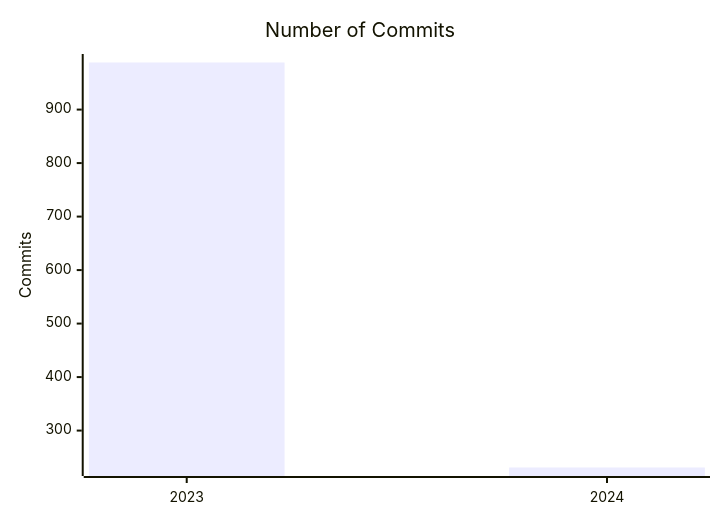
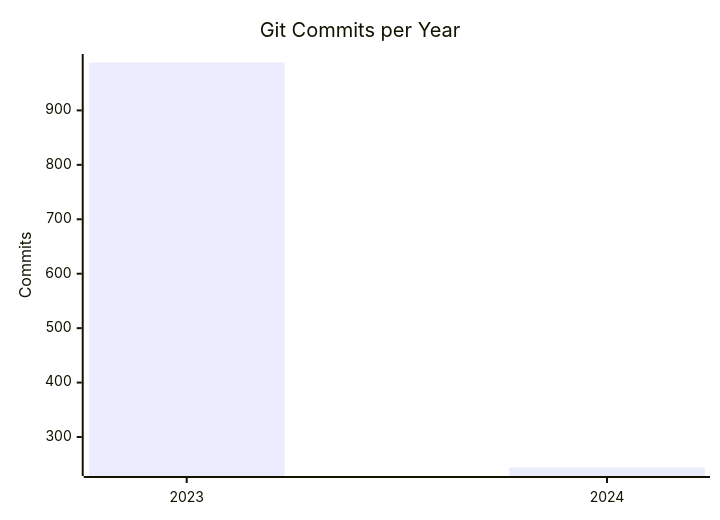
One commit to HariSekhon/Diagrams-as-Code changed the diagram in git_commits_per_year.mmd. Above: the diagram before and after it, drawn with Mermaid.

```diff
--- a/git_commits_per_year.mmd
+++ b/git_commits_per_year.mmd
@@ -1,6 +1,6 @@
 xychart-beta
-    title "Number of Commits"
+    title "Git Commits per Year"
     x-axis [ 2023, 2024 ]
     y-axis "Commits"
-    bar    [ 988, 231 ]
-    %%line [ 988, 231 ]
+    bar    [ 988, 244 ]
+    %%line [ 988, 244 ]
```
